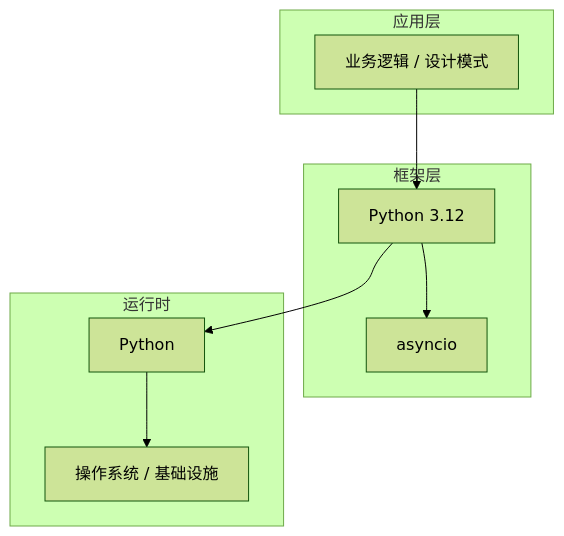
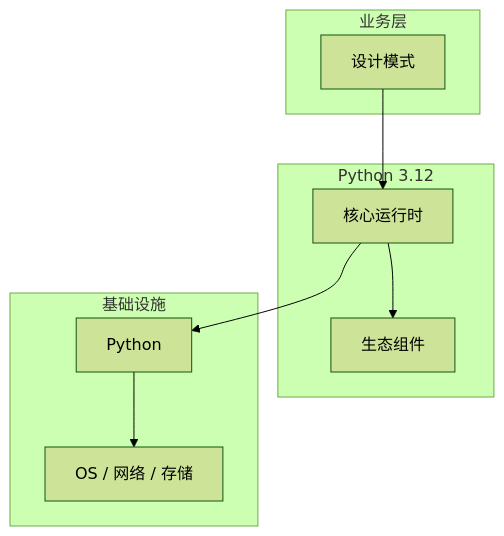
One commit to yanggan2015/knowledge-json-v2 changed the diagram in articles/Python高级/chapters/073-设计模式核心概念与原理.md. Above: the diagram before and after it, drawn with Mermaid (forest theme). The commit also changed other lines of this file and 10127 other files, not shown here.

````diff
--- a/articles/Python高级/chapters/073-设计模式核心概念与原理.md
+++ b/articles/Python高级/chapters/073-设计模式核心概念与原理.md
@@ -45,18 +34,18 @@
 ```mermaid
 graph TB
-    subgraph 应用层
-        A[业务逻辑 / 设计模式]
+    subgraph 业务层
+        A[设计模式]
     end
-    subgraph 框架层
-        B[Python 3.12]
-        C[asyncio]
+    subgraph Python 3.12
+        B[核心运行时]
+        C[生态组件]
     end
-    subgraph 运行时
+    subgraph 基础设施
         D[Python]
-        E[操作系统 / 基础设施]
+        E[OS / 网络 / 存储]
     end
     A --> B
     B --> C
     B --> D
     D --> E
 ```
````
